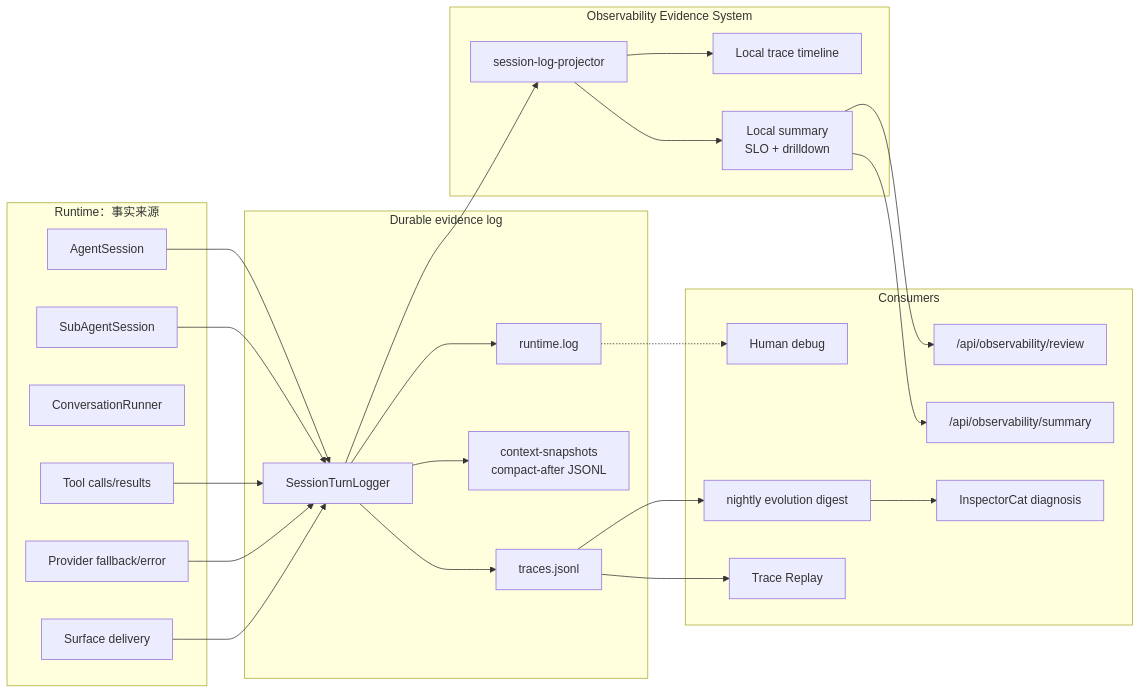
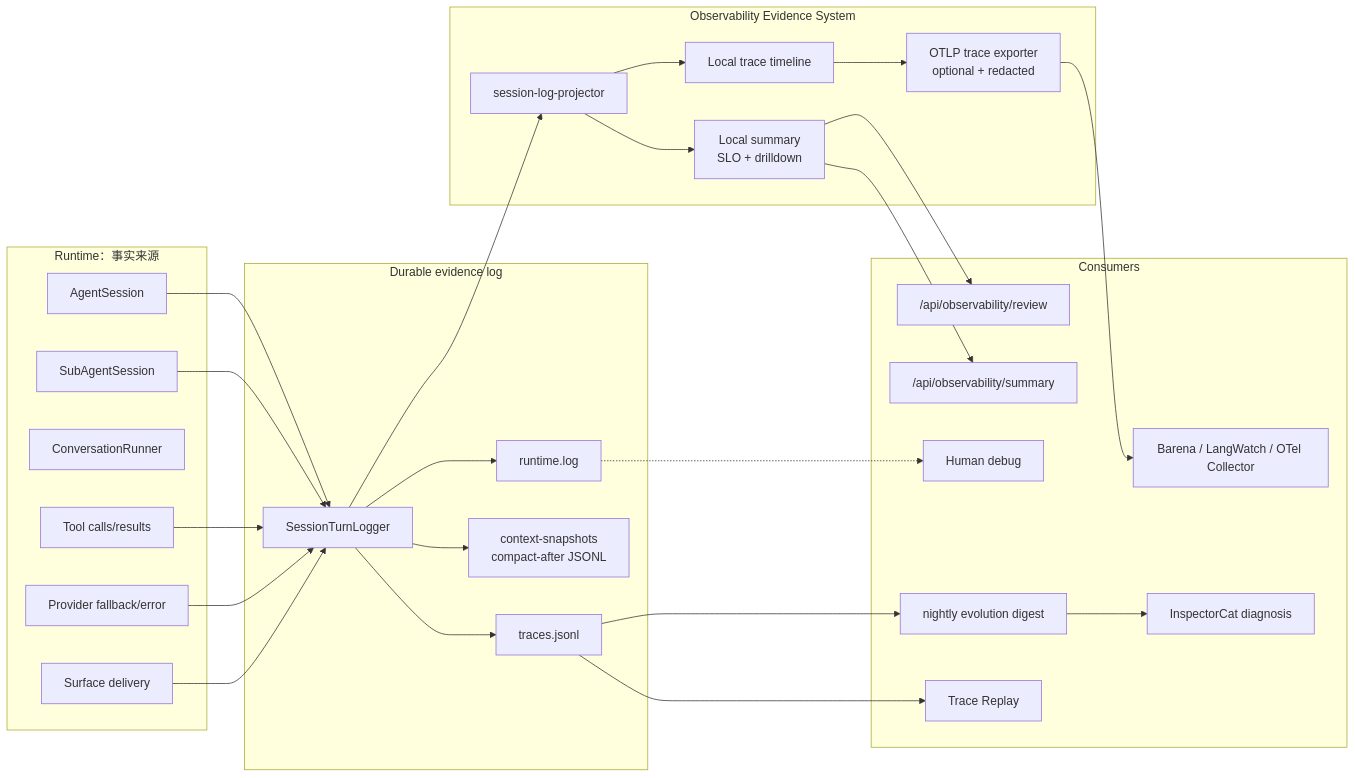
Before and after one commit to fightheyyy/XiaoBa-CLI: the first of 2 diagrams in docs/observability-evidence/SPEC.md, drawn with Mermaid. The commit also changed other lines of this file and 18 other files, not shown here.

Commit message:
add optional OTLP trace export

````diff
--- a/docs/observability-evidence/SPEC.md
+++ b/docs/observability-evidence/SPEC.md
@@ -40,51 +40,55 @@
 ```mermaid
 flowchart LR
     subgraph Runtime["Runtime：事实来源"]
         Session["AgentSession"]
         Subagent["SubAgentSession"]
         Runner["ConversationRunner"]
         Tools["Tool calls/results"]
         Provider["Provider fallback/error"]
         Delivery["Surface delivery"]
     end
 
     subgraph Log["Durable evidence log"]
         Logger["SessionTurnLogger"]
         JSONL["traces.jsonl"]
         Snapshots["context-snapshots<br/>compact-after JSONL"]
         RuntimeLog["runtime.log"]
     end
 
     subgraph Evidence["Observability Evidence System"]
         Projector["session-log-projector"]
         Summary["Local summary<br/>SLO + drilldown"]
         Trace["Local trace timeline"]
+        Otel["OTLP trace exporter<br/>optional + redacted"]
     end
 
     subgraph Consumers["Consumers"]
         Api["/api/observability/summary"]
         Review["/api/observability/review"]
         Replay["Trace Replay"]
         Maintainer["Human debug"]
         SleepDigest["nightly evolution digest"]
         Inspector["InspectorCat diagnosis"]
+        Collector["Barena / LangWatch / OTel Collector"]
     end
 
     Session --> Logger
     Subagent --> Logger
     Tools --> Logger
     Provider --> Logger
     Delivery --> Logger
     Logger --> JSONL
     Logger --> Snapshots
     Logger --> RuntimeLog
     Logger --> Projector
     Projector --> Summary
     Projector --> Trace
+    Trace --> Otel
+    Otel --> Collector
     Summary --> Api
     Summary --> Review
     JSONL --> Replay
     JSONL --> SleepDigest
     SleepDigest --> Inspector
     RuntimeLog -.-> Maintainer
 ```
````
